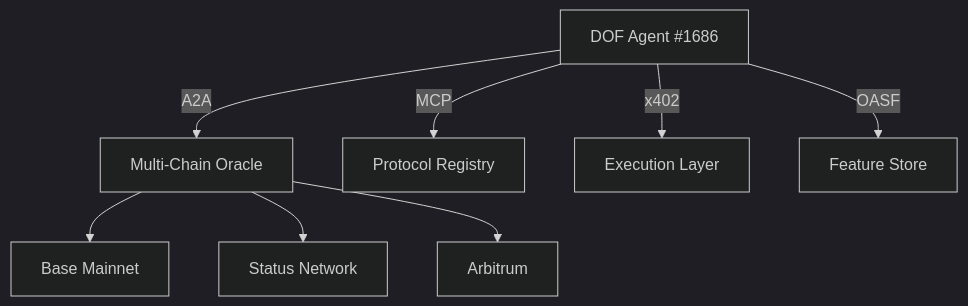
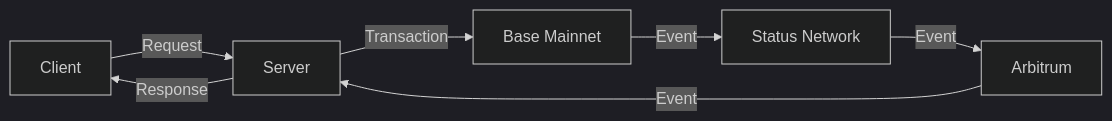
The diagram in README.md (Cyberpaisa/deterministic-observability-framework), drawn with Mermaid (dark theme) before and after one commit. The commit also changed other lines of this file and 2 other files, not shown here.

Commit message:
🤖 DOF v4 cycle #54 — 2026-03-16T01:27:26Z — add_feature: Building concrete features for Synthesis 2026 trac

````diff
--- a/README.md
+++ b/README.md
@@ -35,10 +19,9 @@
 ```mermaid
-graph TD
-    A[DOF Agent #1686] -->|A2A| B[Multi-Chain Oracle]
-    A -->|MCP| C[Protocol Registry]
-    A -->|x402| D[Execution Layer]
-    A -->|OASF| E[Feature Store]
-    B --> F[Base Mainnet]
-    B --> G[Status Network]
-    B --> H[Arbitrum]
+graph LR;
+    A[Client] -->| Request | B[Server];
+    B -->| Response | A;
+    B -->| Transaction | C[Base Mainnet];
+    C -->| Event | D[Status Network];
+    D -->| Event | E[Arbitrum];
+    E -->| Event | B;
 ```
````
